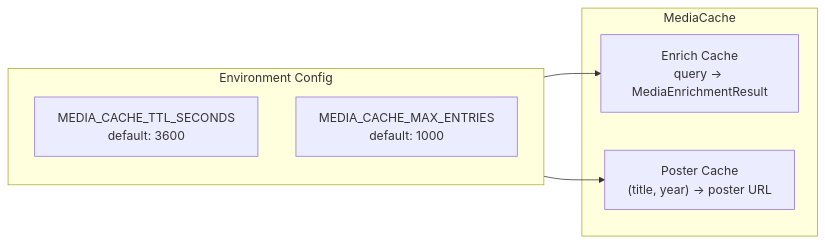
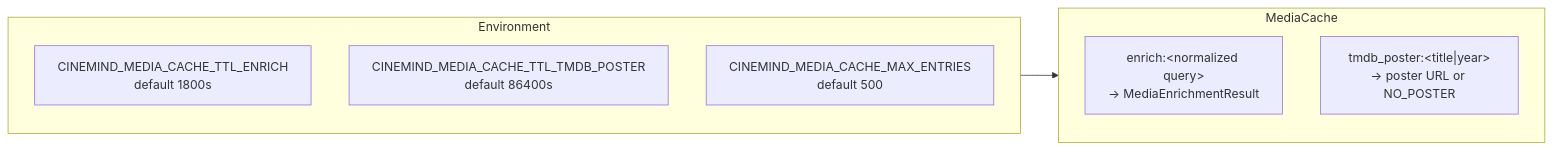
One commit to mayad123/movieAgent changed the third of 7 diagrams in docs/features/media/MEDIA_ENRICHMENT.md. Above: the diagram before and after it, drawn with Mermaid. The commit also changed other lines of this file and 128 other files, not shown here.

````diff
--- a/docs/features/media/MEDIA_ENRICHMENT.md
+++ b/docs/features/media/MEDIA_ENRICHMENT.md
@@ -131,15 +239,15 @@
 ```mermaid
 graph LR
     subgraph MediaCache
-        ENRICH_CACHE["Enrich Cache<br/>query → MediaEnrichmentResult"]
-        POSTER_CACHE["Poster Cache<br/>(title, year) → poster URL"]
+        ENRICH_CACHE["enrich:&lt;normalized query&gt;<br/>→ MediaEnrichmentResult"]
+        POSTER_CACHE["tmdb_poster:&lt;title|year&gt;<br/>→ poster URL or NO_POSTER"]
     end
 
-    subgraph Config["Environment Config"]
-        TTL["MEDIA_CACHE_TTL_SECONDS<br/>default: 3600"]
-        MAX["MEDIA_CACHE_MAX_ENTRIES<br/>default: 1000"]
+    subgraph Config["Environment"]
+        TE["CINEMIND_MEDIA_CACHE_TTL_ENRICH<br/>default 1800s"]
+        TP["CINEMIND_MEDIA_CACHE_TTL_TMDB_POSTER<br/>default 86400s"]
+        MAX["CINEMIND_MEDIA_CACHE_MAX_ENTRIES<br/>default 500"]
     end
 
-    Config --> ENRICH_CACHE
-    Config --> POSTER_CACHE
+    Config --> MediaCache
 ```
````
